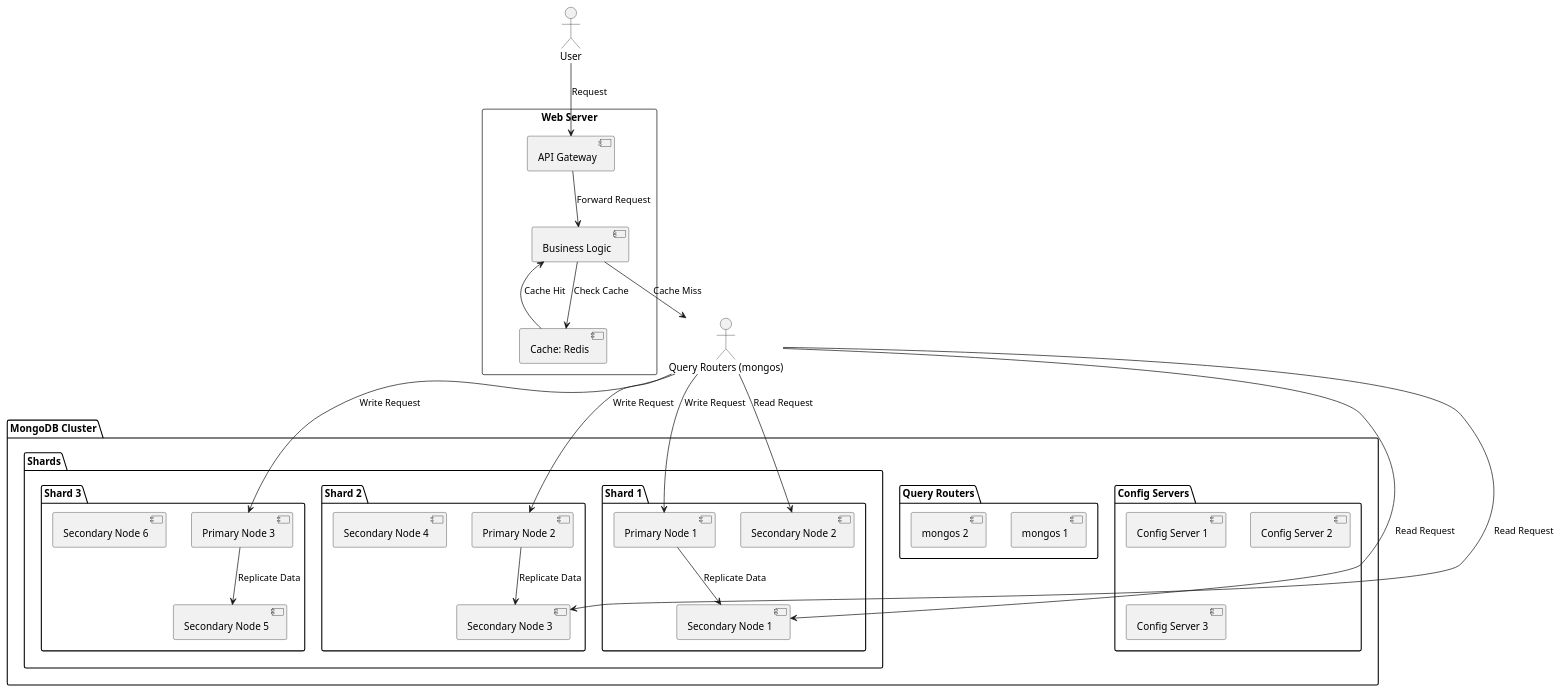
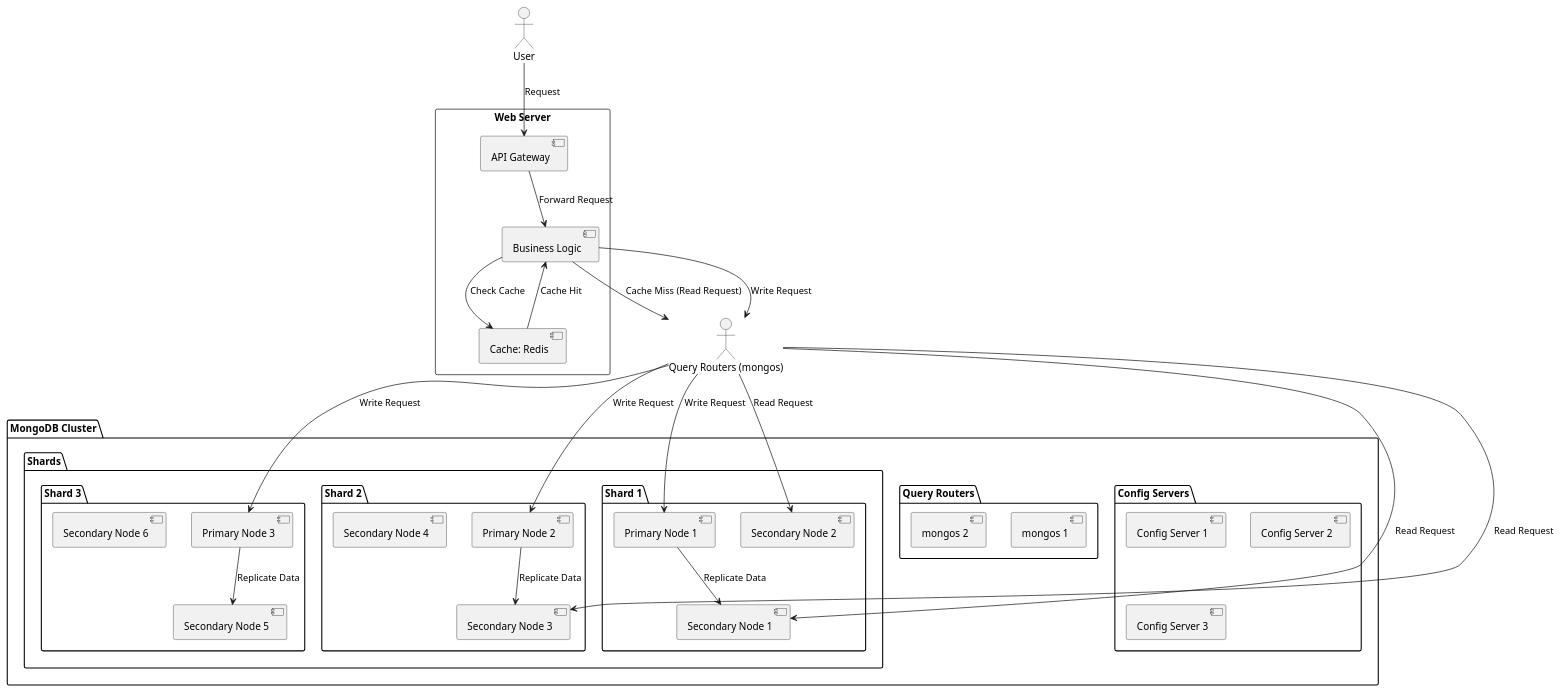
Before and after one commit to huangyingw/system_design: the diagram in high_traffic_calendar/high_traffic_calendar_mongodb_architecture.puml, drawn with PlantUML.

```diff
--- a/high_traffic_calendar/high_traffic_calendar_mongodb_architecture.puml
+++ b/high_traffic_calendar/high_traffic_calendar_mongodb_architecture.puml
@@ -1,58 +1,59 @@
 @startuml
 
 package "MongoDB Cluster" {
 
   package "Config Servers" {
     [Config Server 1]
     [Config Server 2]
     [Config Server 3]
   }
   
   package "Query Routers" {
     [mongos 1]
     [mongos 2]
   }
   
   package "Shards" {
     package "Shard 1" {
       [Primary Node 1]
       [Secondary Node 1]
       [Secondary Node 2]
     }
     package "Shard 2" {
       [Primary Node 2]
       [Secondary Node 3]
       [Secondary Node 4]
     }
     package "Shard 3" {
       [Primary Node 3]
       [Secondary Node 5]
       [Secondary Node 6]
     }
   }
 }
 
 actor User
 
 rectangle "Web Server" {
   [API Gateway]
   [Business Logic]
   [Cache: Redis]
 }
 
 User --> "API Gateway": Request
 "API Gateway" --> "Business Logic": Forward Request
 "Business Logic" --> "Cache: Redis": Check Cache
 "Cache: Redis" --> "Business Logic": Cache Hit
-"Business Logic" --> "Query Routers (mongos)": Cache Miss
+"Business Logic" --> "Query Routers (mongos)": Cache Miss (Read Request)
+"Business Logic" --> "Query Routers (mongos)": Write Request
+"Query Routers (mongos)" --> "Secondary Node 1": Read Request
+"Query Routers (mongos)" --> "Secondary Node 2": Read Request
+"Query Routers (mongos)" --> "Secondary Node 3": Read Request
 "Query Routers (mongos)" --> "Primary Node 1": Write Request
 "Query Routers (mongos)" --> "Primary Node 2": Write Request
 "Query Routers (mongos)" --> "Primary Node 3": Write Request
-"Query Routers (mongos)" --> "Secondary Node 1": Read Request
-"Query Routers (mongos)" --> "Secondary Node 2": Read Request
-"Query Routers (mongos)" --> "Secondary Node 3": Read Request
 "Primary Node 1" --> "Secondary Node 1": Replicate Data
 "Primary Node 2" --> "Secondary Node 3": Replicate Data
 "Primary Node 3" --> "Secondary Node 5": Replicate Data
 
 @enduml
```
